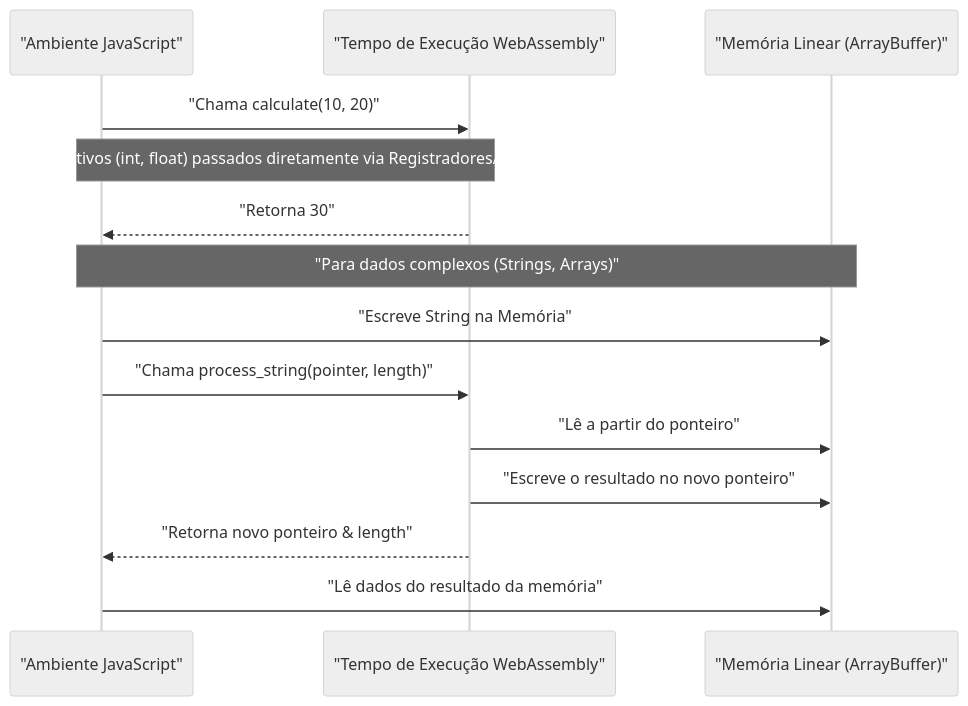
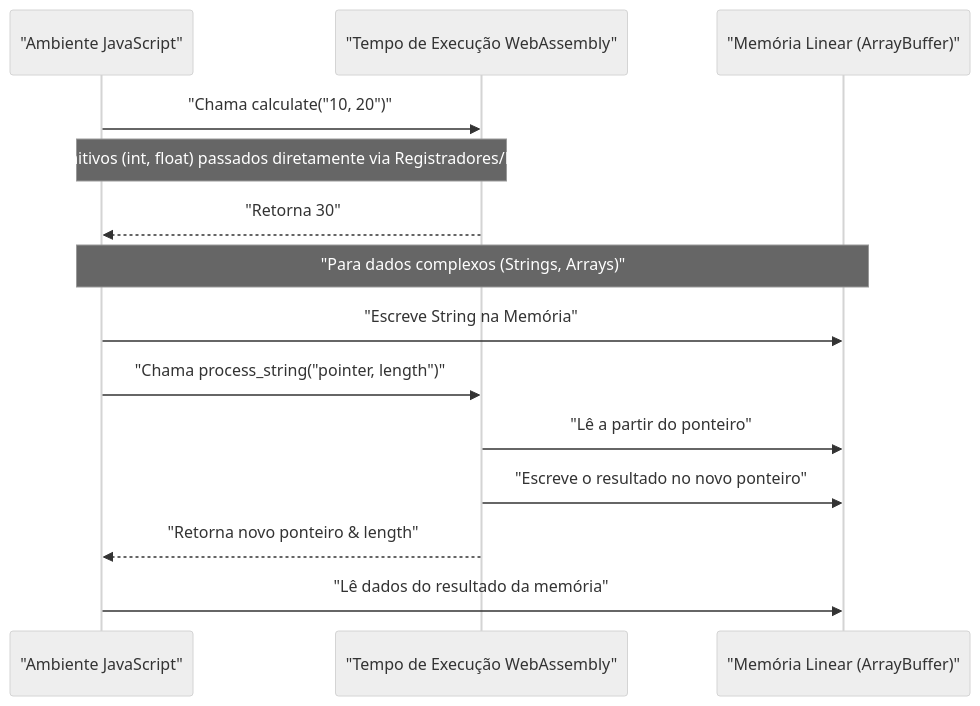
One commit to kenjinote/blog changed the second of 3 diagrams in content/post/webassembly出力/index.pt.md. Above: the diagram before and after it, drawn with Mermaid (neutral theme). The commit also changed 929 other files, not shown here.

Commit message:
fix: Add double quotes to all Mermaid node texts to resolve syntax errors

````diff
--- a/content/post/webassembly出力/index.pt.md
+++ b/content/post/webassembly出力/index.pt.md
@@ -220,18 +220,18 @@
 ```mermaid
 sequenceDiagram
   participant JS as "Ambiente JavaScript"
   participant Wasm as "Tempo de Execução WebAssembly"
   participant Mem as "Memória Linear (ArrayBuffer)"
 
-  JS->>Wasm: "Chama calculate(10, 20)"
+  JS->>Wasm: "Chama calculate("10, 20")"
   note over JS,Wasm: "Primitivos (int, float) passados diretamente via Registradores/Pilha"
   Wasm-->>JS: "Retorna 30"
 
   note over JS, Mem: "Para dados complexos (Strings, Arrays)"
   JS->>Mem: "Escreve String na Memória"
-  JS->>Wasm: "Chama process_string(pointer, length)"
+  JS->>Wasm: "Chama process_string("pointer, length")"
   Wasm->>Mem: "Lê a partir do ponteiro"
   Wasm->>Mem: "Escreve o resultado no novo ponteiro"
   Wasm-->>JS: "Retorna novo ponteiro & length"
   JS->>Mem: "Lê dados do resultado da memória"
 ```
````
